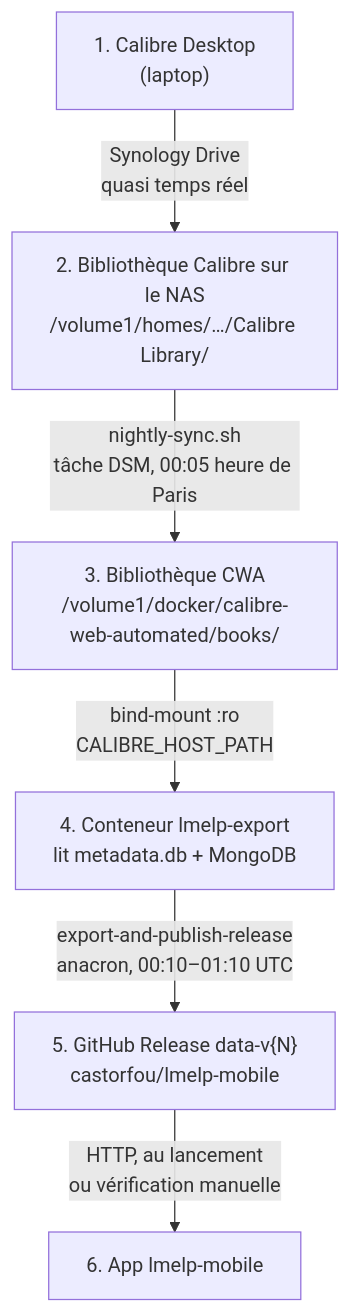
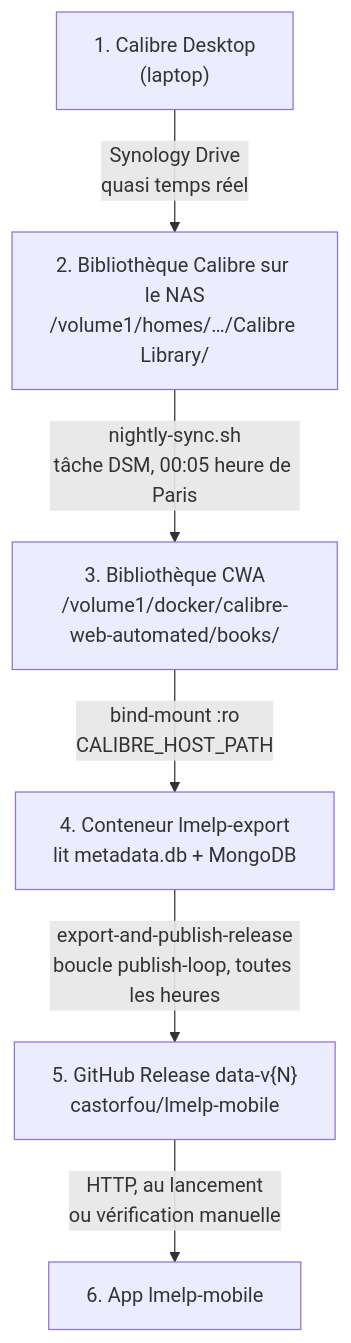
The diagram in docs/user/calibre-vers-app-mobile.md (castorfou/docker-lmelp), drawn with Mermaid before and after one commit. The commit also changed other lines of this file and 6 other files, not shown here.

First line of the commit message:
docs: décrire la boucle de publication de lmelp-export (#77)

````diff
--- a/docs/user/calibre-vers-app-mobile.md
+++ b/docs/user/calibre-vers-app-mobile.md
@@ -7,8 +7,8 @@
 ```mermaid
 flowchart TD
     A["1. Calibre Desktop<br/>(laptop)"] -->|"Synology Drive<br/>quasi temps réel"| B["2. Bibliothèque Calibre sur le NAS<br/>/volume1/homes/…/Calibre Library/"]
     B -->|"nightly-sync.sh<br/>tâche DSM, 00:05 heure de Paris"| C["3. Bibliothèque CWA<br/>/volume1/docker/calibre-web-automated/books/"]
     C -->|"bind-mount :ro<br/>CALIBRE_HOST_PATH"| D["4. Conteneur lmelp-export<br/>lit metadata.db + MongoDB"]
-    D -->|"export-and-publish-release<br/>anacron, 00:10–01:10 UTC"| E["5. GitHub Release data-v{N}<br/>castorfou/lmelp-mobile"]
+    D -->|"export-and-publish-release<br/>boucle publish-loop, toutes les heures"| E["5. GitHub Release data-v{N}<br/>castorfou/lmelp-mobile"]
     E -->|"HTTP, au lancement<br/>ou vérification manuelle"| F["6. App lmelp-mobile"]
 ```
````
